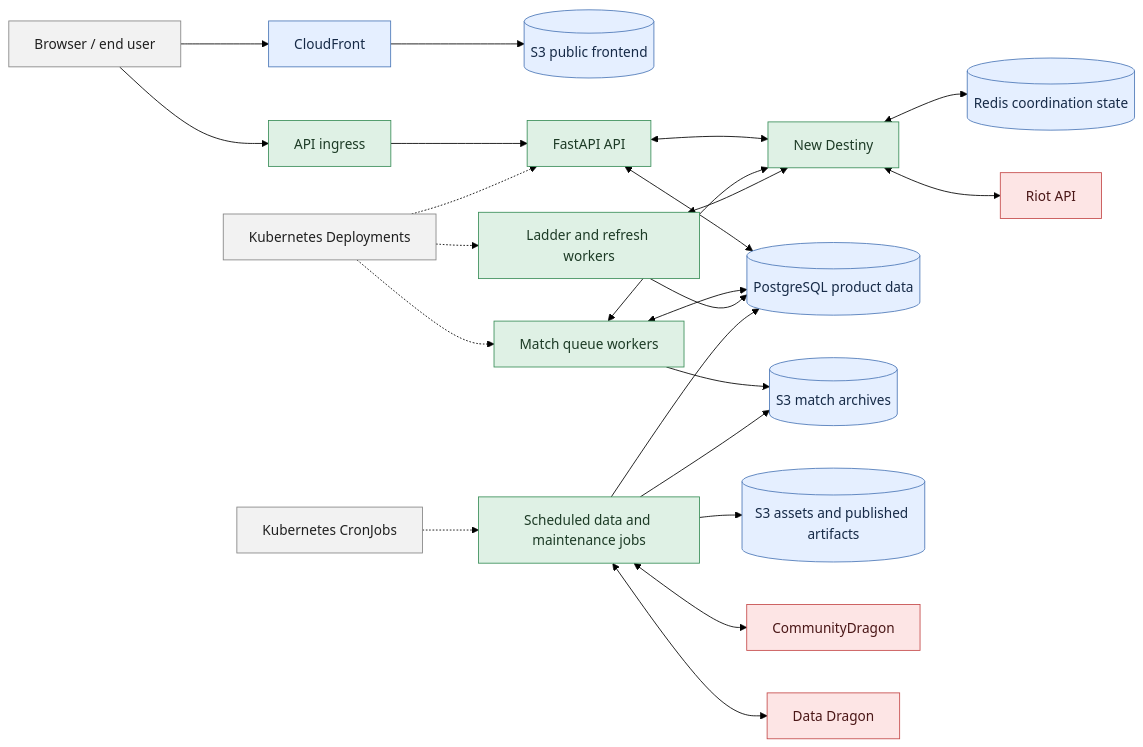
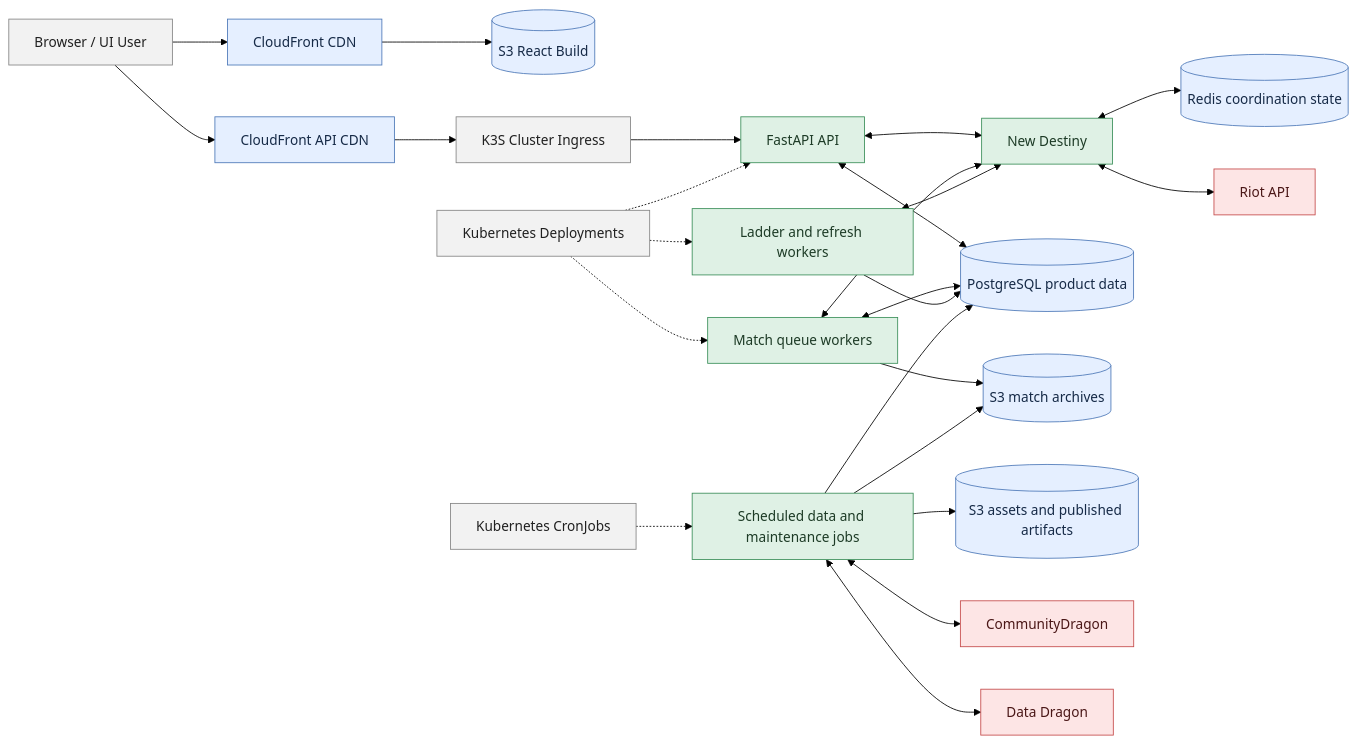
The first of 5 diagrams in docs/backend-runtime.md (winrates-gg/wrgg-public-documentation), drawn with Mermaid (forest theme) before and after one commit.

Commit message:
Minor correction on topology diagram

````diff
--- a/docs/backend-runtime.md
+++ b/docs/backend-runtime.md
@@ -21,59 +21,61 @@
 ```mermaid
 flowchart LR
-    Browser[Browser / end user]
-    CloudFront[CloudFront]
-    PublicSite[(S3 public frontend)]
-    APIIngress[API ingress]
+    Browser[Browser / UI User]
+    CloudFront[CloudFront CDN]
+    APICloudFront[CloudFront API CDN]
+    PublicSite[(S3 React Build)]
+    APIIngress[K3S Cluster Ingress]
     API[FastAPI API]
     Deployments[Kubernetes Deployments]
     CronJobs[Kubernetes CronJobs]
     MatchWorker[Match queue workers]
     LadderWorker[Ladder and refresh workers]
     Jobs[Scheduled data and maintenance jobs]
     NewDestiny[New Destiny]
     Redis[(Redis coordination state)]
     Postgres[(PostgreSQL product data)]
     Archives[(S3 match archives)]
     Assets[(S3 assets and published artifacts)]
     Riot[Riot API]
     CommunityDragon[CommunityDragon]
     DataDragon[Data Dragon]
 
     Browser --> CloudFront
     CloudFront --> PublicSite
-    Browser --> APIIngress
+    Browser --> APICloudFront
+    APICloudFront --> APIIngress
     APIIngress --> API
 
     Deployments -.-> API
     Deployments -.-> MatchWorker
     Deployments -.-> LadderWorker
     CronJobs -.-> Jobs
 
     API <--> NewDestiny
     MatchWorker <--> NewDestiny
     LadderWorker <--> NewDestiny
     NewDestiny <--> Redis
     NewDestiny <--> Riot
 
     API <--> Postgres
     MatchWorker <--> Postgres
     MatchWorker --> Archives
     LadderWorker --> Postgres
     Jobs <--> CommunityDragon
     Jobs <--> DataDragon
     Jobs --> Postgres
     Jobs --> Assets
     Jobs --> Archives
 
     classDef user fill:#f2f2f2,stroke:#858585,color:#202020
     classDef platform fill:#f2f2f2,stroke:#858585,color:#202020
     classDef backend fill:#dff1e5,stroke:#3b8f5a,color:#1d3b26
     classDef aws fill:#e5efff,stroke:#4c78b8,color:#162a47
     classDef external fill:#fde5e5,stroke:#c54b4b,color:#4a1717
 
     class Browser user
-    class Deployments,CronJobs platform
-    class API,APIIngress,MatchWorker,LadderWorker,Jobs,NewDestiny backend
-    class CloudFront,PublicSite,Redis,Postgres,Archives,Assets aws
+    class Deployments,CronJobs,APIIngress platform
+    class API,MatchWorker,LadderWorker,Jobs,NewDestiny backend
+    class CloudFront,APICloudFront,PublicSite,Redis,Postgres,Archives,Assets aws
     class Riot,CommunityDragon,DataDragon external
 ```
````
